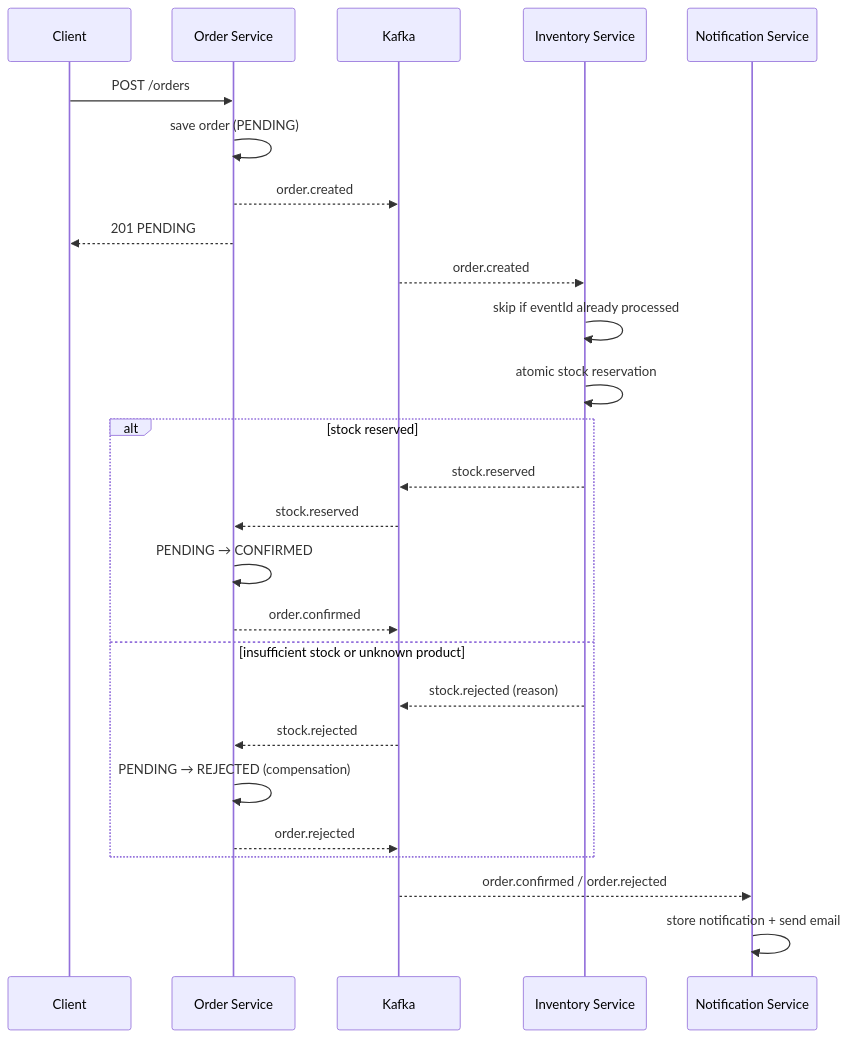
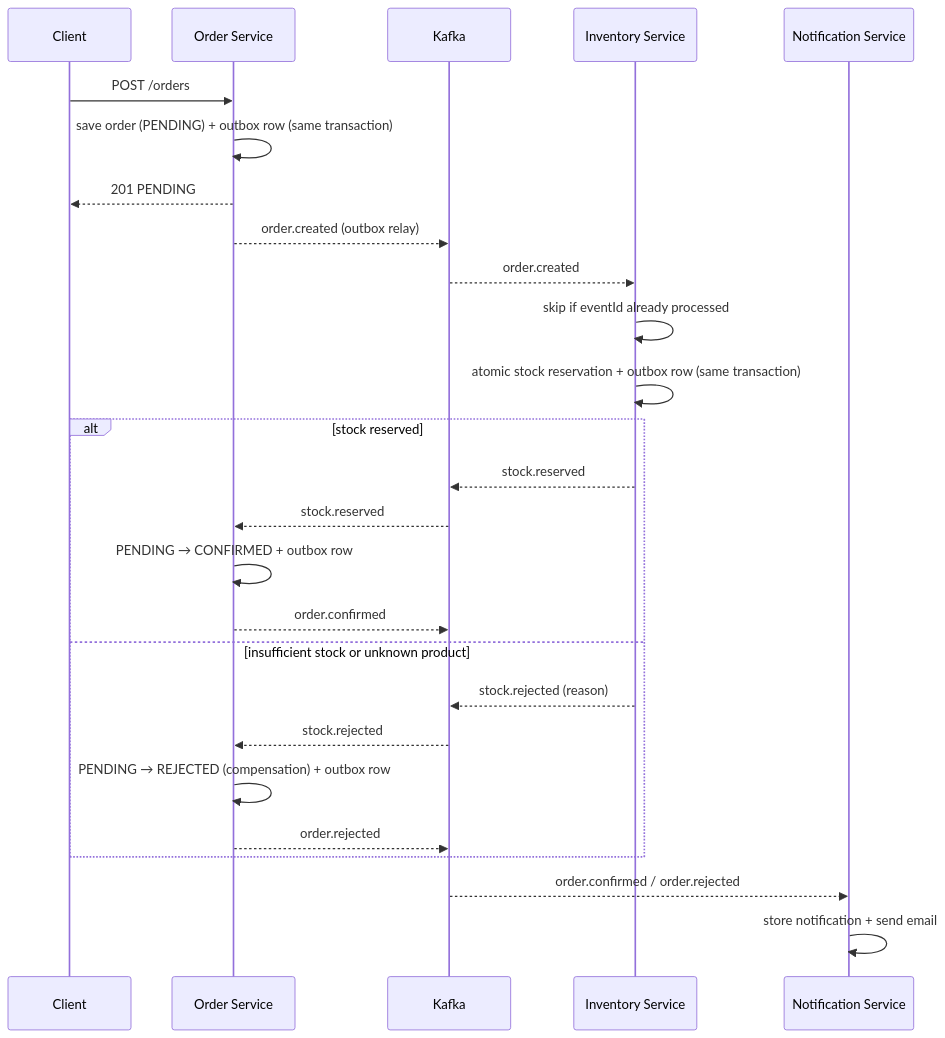
One commit to mayssa-zennou/DevSecOps-project changed the diagram in README.md. Above: the diagram before and after it, drawn with Mermaid. The commit also changed other lines of this file and 11 other files, not shown here.

First line of the commit message:
feat(saga): add transactional outbox to order and inventory services

````diff
--- a/README.md
+++ b/README.md
@@ -48,29 +48,29 @@
 ```mermaid
 sequenceDiagram
     participant C as Client
     participant O as Order Service
     participant K as Kafka
     participant I as Inventory Service
     participant N as Notification Service
 
     C->>O: POST /orders
-    O->>O: save order (PENDING)
-    O-->>K: order.created
+    O->>O: save order (PENDING) + outbox row (same transaction)
     O-->>C: 201 PENDING
+    O-->>K: order.created (outbox relay)
     K-->>I: order.created
     I->>I: skip if eventId already processed
-    I->>I: atomic stock reservation
+    I->>I: atomic stock reservation + outbox row (same transaction)
     alt stock reserved
         I-->>K: stock.reserved
         K-->>O: stock.reserved
-        O->>O: PENDING → CONFIRMED
+        O->>O: PENDING → CONFIRMED + outbox row
         O-->>K: order.confirmed
     else insufficient stock or unknown product
         I-->>K: stock.rejected (reason)
         K-->>O: stock.rejected
-        O->>O: PENDING → REJECTED (compensation)
+        O->>O: PENDING → REJECTED (compensation) + outbox row
         O-->>K: order.rejected
     end
     K-->>N: order.confirmed / order.rejected
     N->>N: store notification + send email
 ```
````
